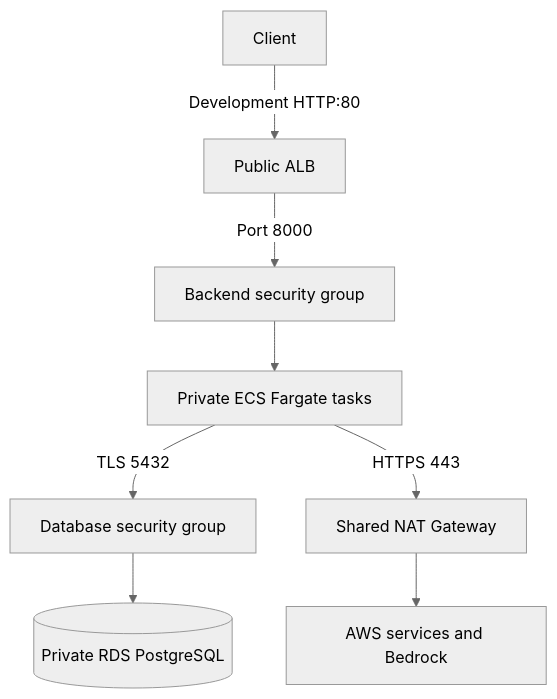
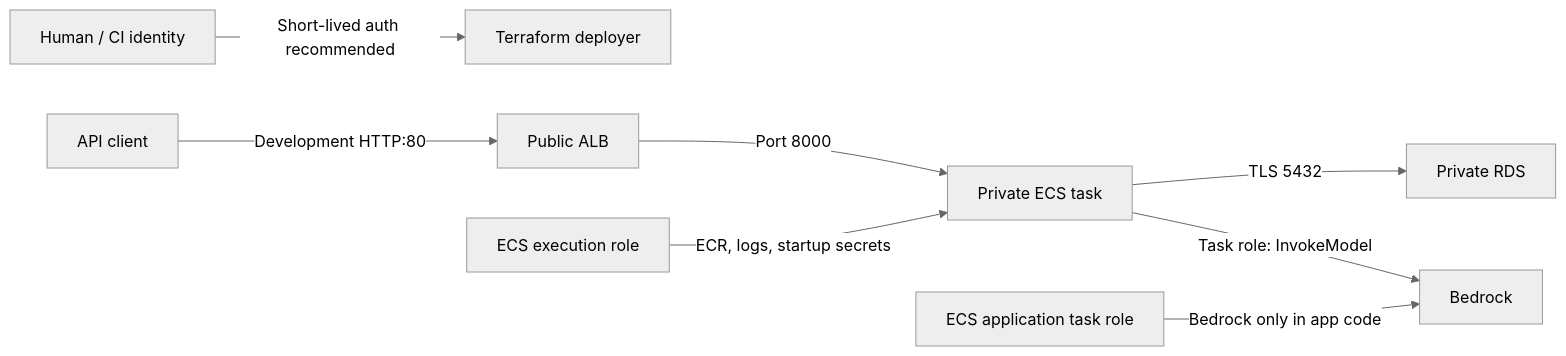
One commit to ALLWT255/banking-app changed the diagram in docs/security-design.md. Above: the diagram before and after it, drawn with Mermaid (neutral theme). The commit also changed other lines of this file and 36 other files, not shown here.

Commit message:
docs: document banking platform architecture and troubleshooting evidence

````diff
--- a/docs/security-design.md
+++ b/docs/security-design.md
@@ -52,10 +9,10 @@
 ```mermaid
-flowchart TB
-    User[Client] -->|Development HTTP:80| ALB[Public ALB]
-    ALB -->|Port 8000| SGApp[Backend security group]
-    SGApp --> ECS[Private ECS Fargate tasks]
-    ECS -->|TLS 5432| SGRDS[Database security group]
-    SGRDS --> RDS[(Private RDS PostgreSQL)]
-    ECS -->|HTTPS 443| NAT[Shared NAT Gateway]
-    NAT --> AWS[AWS services and Bedrock]
+flowchart LR
+    Operator["Human / CI identity"] -->|Short-lived auth recommended| TF["Terraform deployer"]
+    Client["API client"] -->|Development HTTP:80| ALB["Public ALB"]
+    ALB -->|Port 8000| ECS["Private ECS task"]
+    ECS -->|TLS 5432| RDS["Private RDS"]
+    ECS -->|Task role: InvokeModel| BR["Bedrock"]
+    Exec["ECS execution role"] -->|ECR, logs, startup secrets| ECS
+    Task["ECS application task role"] -->|Bedrock only in app code| BR
 ```
````
